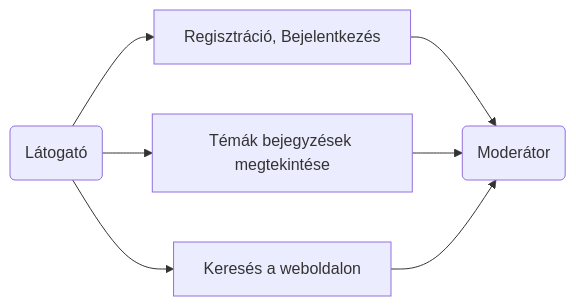
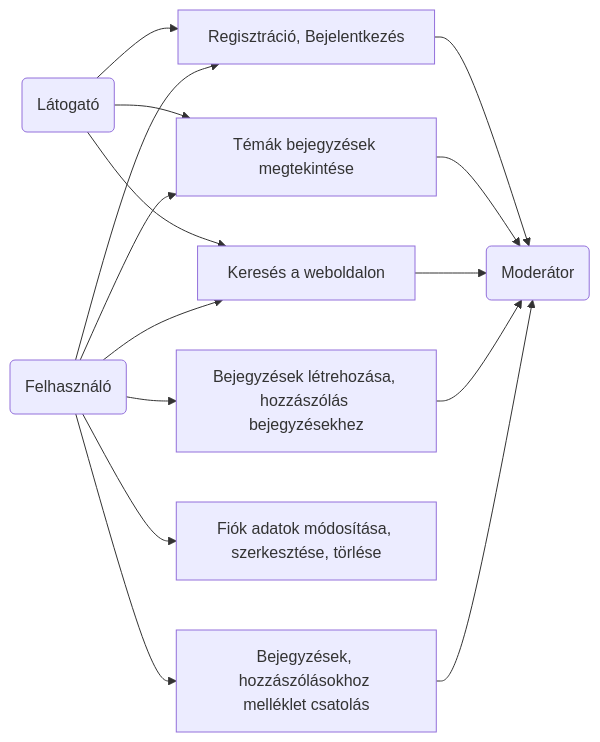
One commit to Moss4t/KRK_nagyproject changed the diagram in Documents/Use-Case.md. Above: the diagram before and after it, drawn with Mermaid.

Commit message:
Use-Case felhasználó rész hozzáadása

````diff
--- a/Documents/Use-Case.md
+++ b/Documents/Use-Case.md
@@ -3,11 +3,20 @@
 ```mermaid
 graph LR
 
 L(Látogató) --> RB[Regisztráció, Bejelentkezés]
 L --> TM[Témák bejegyzések megtekintése]
 L --> K[Keresés a weboldalon]
 RB --> M(Moderátor)
 TM --> M(Moderátor)
 K --> M(Moderátor)
 
+D(Felhasználó) --> RB
+D --> K
+D --> TM
+D --> BL[Bejegyzések létrehozása, hozzászólás bejegyzésekhez]
+D --> FK[Fiók adatok módosítása, szerkesztése, törlése]
+D --> BA[Bejegyzések, hozzászólásokhoz melléklet csatolás]
+BL --> M
+BA --> M
+
 ```
````
